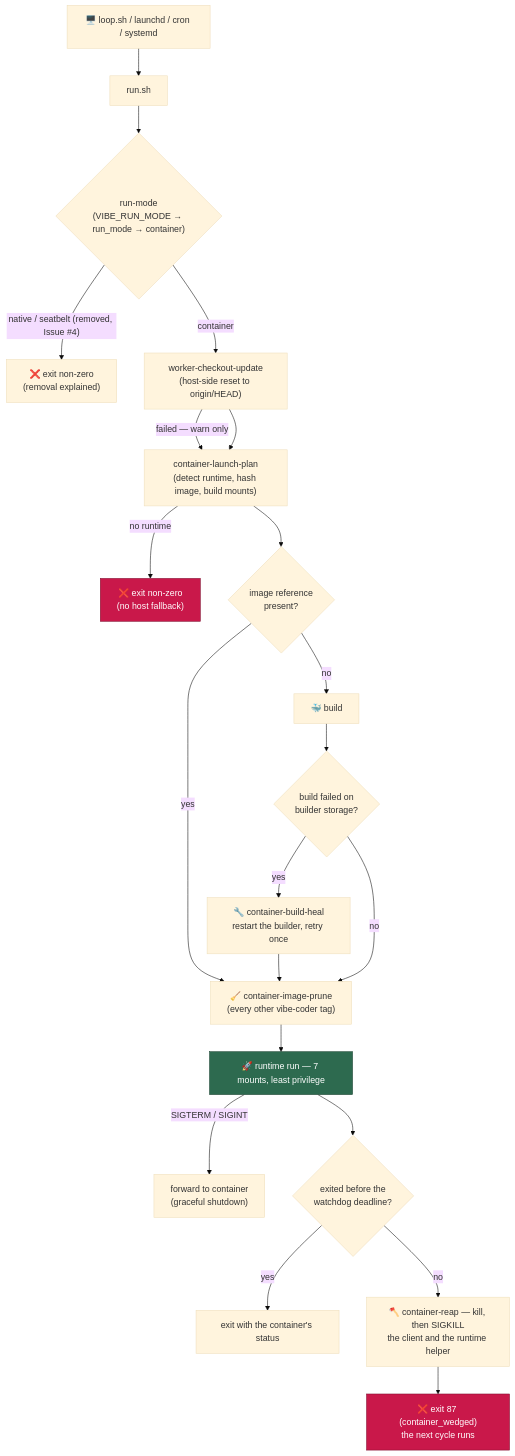
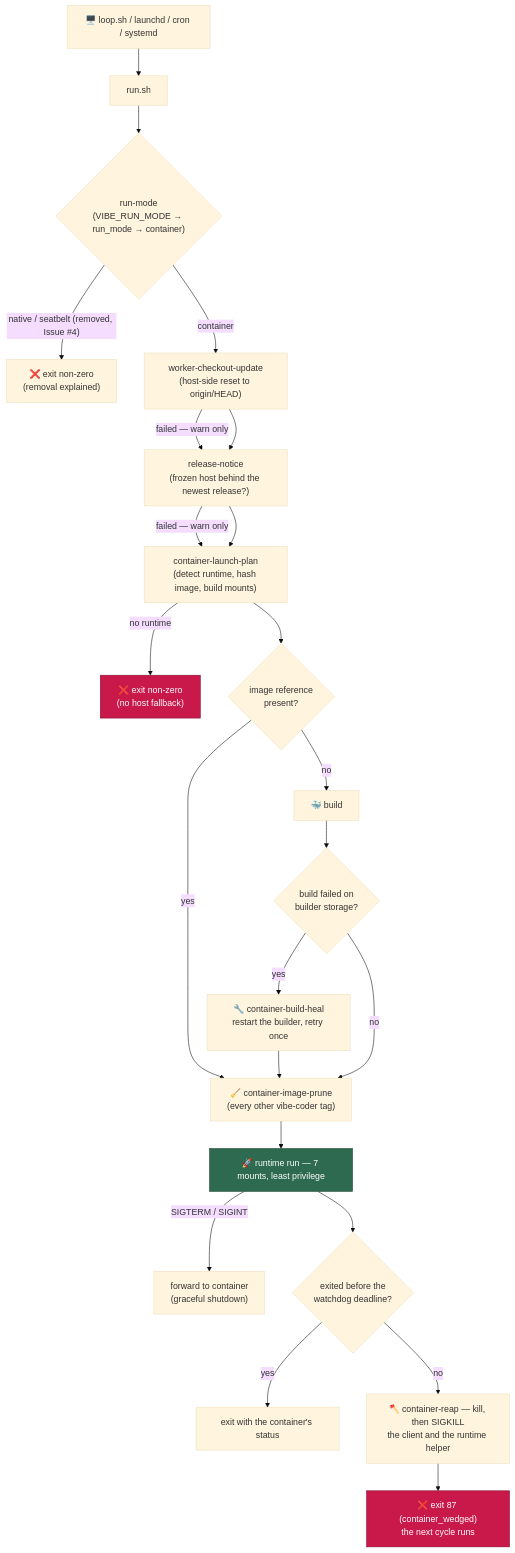
One commit to stSoftwareAU/VibeCoder changed diagram 12 of 17 in docs/CONTAINER.md. Above: the diagram before and after it, drawn with Mermaid (base theme). The commit also changed other lines of this file and 12 other files, not shown here.

First line of the commit message:
Notify at launch when a newer release exists (Issue #690)

````diff
--- a/docs/CONTAINER.md
+++ b/docs/CONTAINER.md
@@ -882,26 +884,28 @@
 ```mermaid
 flowchart TD
     S["🖥️ loop.sh / launchd / cron / systemd"] --> R["run.sh"]
     R --> M{"run-mode<br/>(VIBE_RUN_MODE → run_mode → container)"}
     M -->|"native / seatbelt (removed, Issue #4)"| NV["❌ exit non-zero<br/>(removal explained)"]
     M -->|container| U["worker-checkout-update<br/>(host-side reset to origin/HEAD)"]
-    U -->|"failed — warn only"| P
-    U --> P["container-launch-plan<br/>(detect runtime, hash image, build mounts)"]
+    U -->|"failed — warn only"| N
+    U --> N["release-notice<br/>(frozen host behind the newest release?)"]
+    N -->|"failed — warn only"| P
+    N --> P["container-launch-plan<br/>(detect runtime, hash image, build mounts)"]
     P -->|no runtime| X["❌ exit non-zero<br/>(no host fallback)"]
     P --> E{"image reference<br/>present?"}
     E -->|no| B["🐳 build"]
     E -->|yes| PR
     B --> BF{"build failed on<br/>builder storage?"}
     BF -->|yes| BH["🔧 container-build-heal<br/>restart the builder, retry once"]
     BH --> PR
     BF -->|no| PR["🧹 container-image-prune<br/>(every other vibe-coder tag)"]
     PR --> L["🚀 runtime run — 7 mounts, least privilege"]
     L -->|SIGTERM / SIGINT| T["forward to container<br/>(graceful shutdown)"]
     L --> W{"exited before the<br/>watchdog deadline?"}
     W -->|yes| Z["exit with the container's status"]
     W -->|no| K["🪓 container-reap — kill, then SIGKILL<br/>the client and the runtime helper"]
     K --> KX["❌ exit 87 (container_wedged)<br/>the next cycle runs"]
     style X fill:#c9184a,stroke:#800f2f,color:#fff
     style KX fill:#c9184a,stroke:#800f2f,color:#fff
     style L fill:#2d6a4f,stroke:#1b4332,color:#fff
 ```
````
